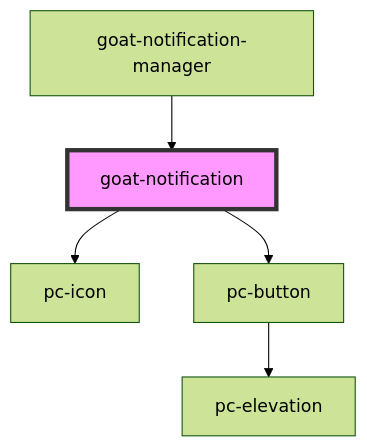
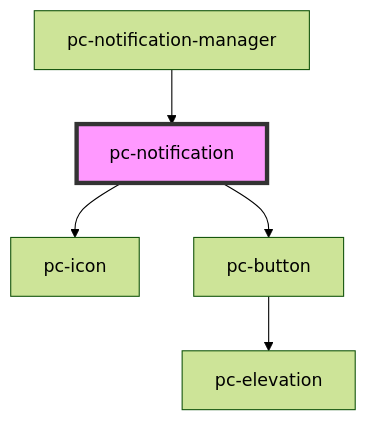
Before and after one commit to redvars/peacock: the diagram in src/components/notification/readme.md, drawn with Mermaid (forest theme). The commit also changed other lines of this file and 299 other files, not shown here.

````diff
--- a/src/components/notification/readme.md
+++ b/src/components/notification/readme.md
@@ -40,8 +40,8 @@
 ```mermaid
 graph TD;
-  goat-notification --> pc-icon
-  goat-notification --> pc-button
+  pc-notification --> pc-icon
+  pc-notification --> pc-button
   pc-button --> pc-elevation
-  goat-notification-manager --> goat-notification
-  style goat-notification fill:#f9f,stroke:#333,stroke-width:4px
+  pc-notification-manager --> pc-notification
+  style pc-notification fill:#f9f,stroke:#333,stroke-width:4px
 ```
````
